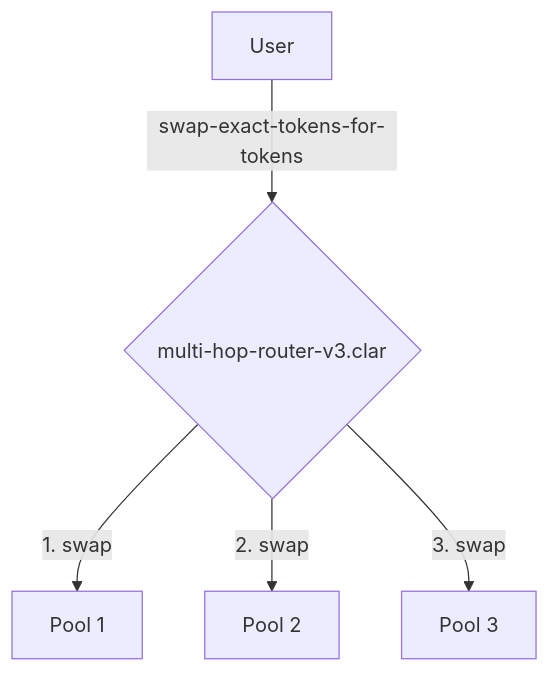
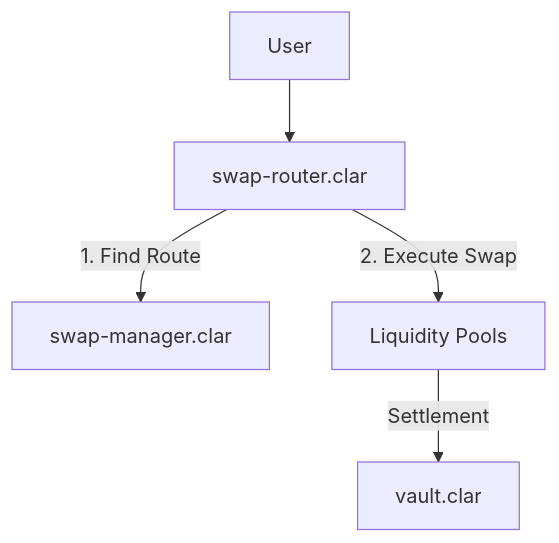
One commit to Anya-org/Conxian changed the diagram in contracts/dex/README.md. Above: the diagram before and after it, drawn with Mermaid. The commit also changed other lines of this file and 12 other files, not shown here.

````diff
--- a/contracts/dex/README.md
+++ b/contracts/dex/README.md
@@ -19,7 +16,7 @@
 ```mermaid
 graph TD
-    A[User] -- swap-exact-tokens-for-tokens --> B{multi-hop-router-v3.clar};
-    B -- 1. swap --> C[Pool 1];
-    B -- 2. swap --> D[Pool 2];
-    B -- 3. swap --> E[Pool 3];
+    User --> Router[swap-router.clar]
+    Router -- 1. Find Route --> Manager[swap-manager.clar]
+    Router -- 2. Execute Swap --> Pools[Liquidity Pools]
+    Pools -- Settlement --> Vault[vault.clar]
 ```
````
